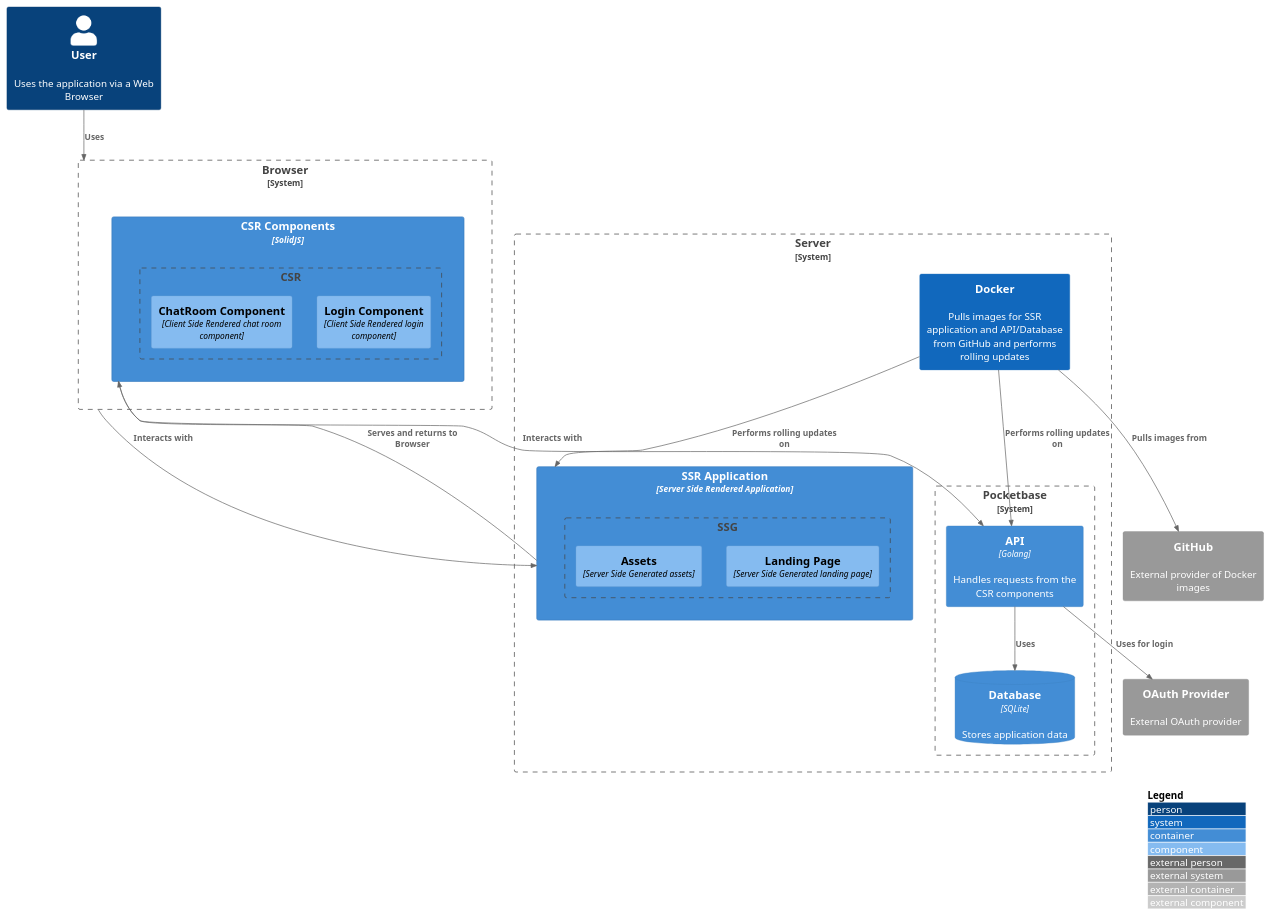
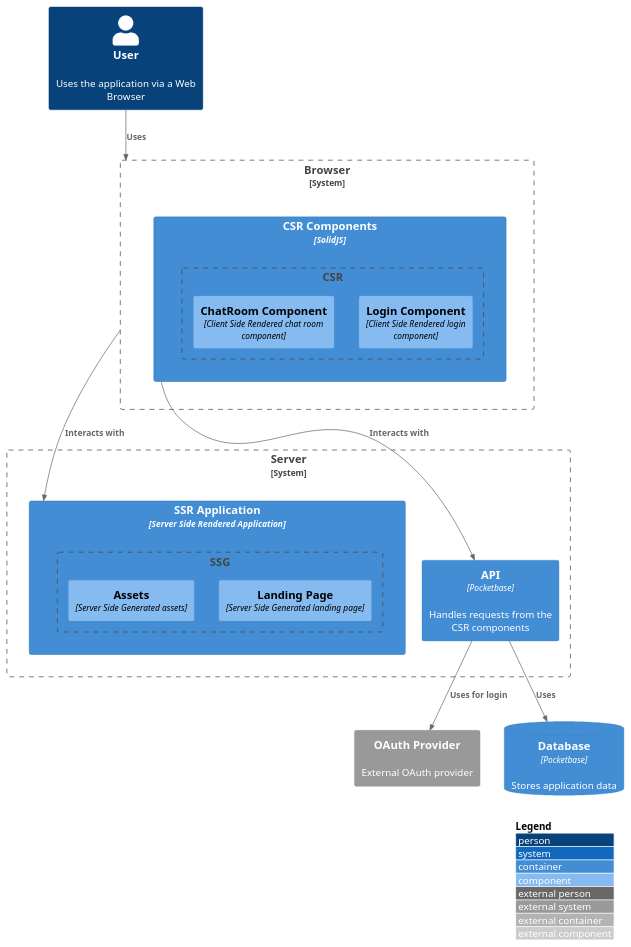
One commit to CorentinGS/Astrocket changed the diagram in plantuml/astrocket.puml. Above: the diagram before and after it, drawn with PlantUML. The commit also changed 2 other files, not shown here.

Commit message:
:bento: UML Diagrams

```diff
--- a/plantuml/astrocket.puml
+++ b/plantuml/astrocket.puml
@@ -1,48 +1,38 @@
 @startuml C4_Elements
 
 !include https://raw.githubusercontent.com/plantuml-stdlib/C4-PlantUML/master/C4_Container.puml
 !include https://raw.githubusercontent.com/plantuml-stdlib/C4-PlantUML/master/C4_Component.puml
 
 LAYOUT_WITH_LEGEND()
 
 Person(user, "User", "Uses the application via a Web Browser")
 System_Ext(oauthProvider, "OAuth Provider", "External OAuth provider")
-System_Ext(github, "GitHub", "External provider of Docker images")
 
 System_Boundary(server, "Server") {
     Container(ssrApp, "SSR Application", "Server Side Rendered Application") {
         Boundary(ssg, "SSG") {
             Component(landingPage, "Landing Page", "Server Side Generated landing page")
             Component(assets, "Assets", "Server Side Generated assets")
         }
     }
-    System_Boundary(pocketbase, "Pocketbase") {
-        Container(api, "API", "Golang", "Handles requests from the CSR components")
-        ContainerDb(db, "Database", "SQLite", "Stores application data")
-    }
-    System(docker, "Docker", "Pulls images for SSR application and API/Database from GitHub and performs rolling updates")
+    Container(api, "API", "Pocketbase", "Handles requests from the CSR components")
 }
 
 System_Boundary(browser, "Browser") {
     Container(csrComponents, "CSR Components", "SolidJS") {
         Boundary(csr, "CSR") {
             Component(loginComponent, "Login Component", "Client Side Rendered login component")
             Component(chatRoomComponent, "ChatRoom Component", "Client Side Rendered chat room component")
         }
     }
 }
 
-
+ContainerDb(db, "Database", "Pocketbase", "Stores application data")
 
 Rel(user, browser, "Uses")
 Rel(browser, ssrApp, "Interacts with")
-Rel(ssrApp, csrComponents, "Serves and returns to Browser")
 Rel(csrComponents, api, "Interacts with")
 Rel(api, db, "Uses")
 Rel(api, oauthProvider, "Uses for login")
 
-Rel(docker, github, "Pulls images from")
-Rel(docker, ssrApp, "Performs rolling updates on")
-Rel(docker, api, "Performs rolling updates on")
-
 @enduml
```
